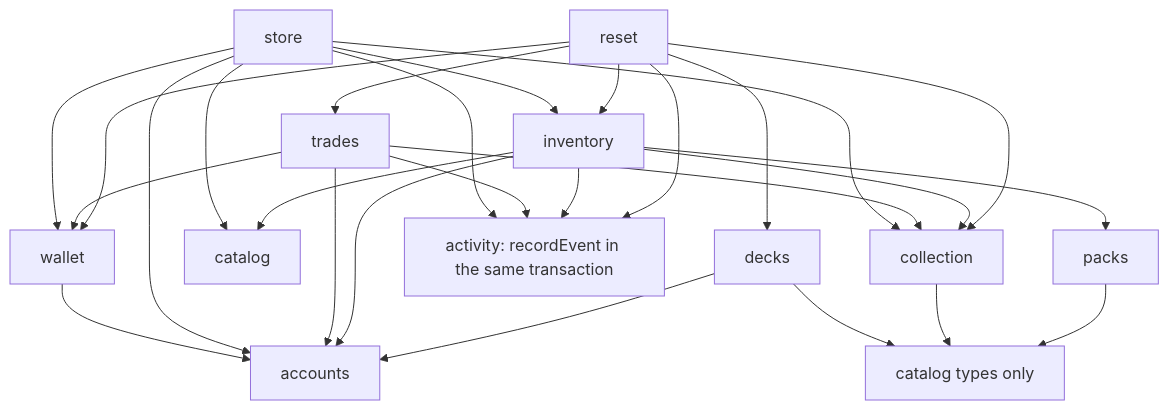
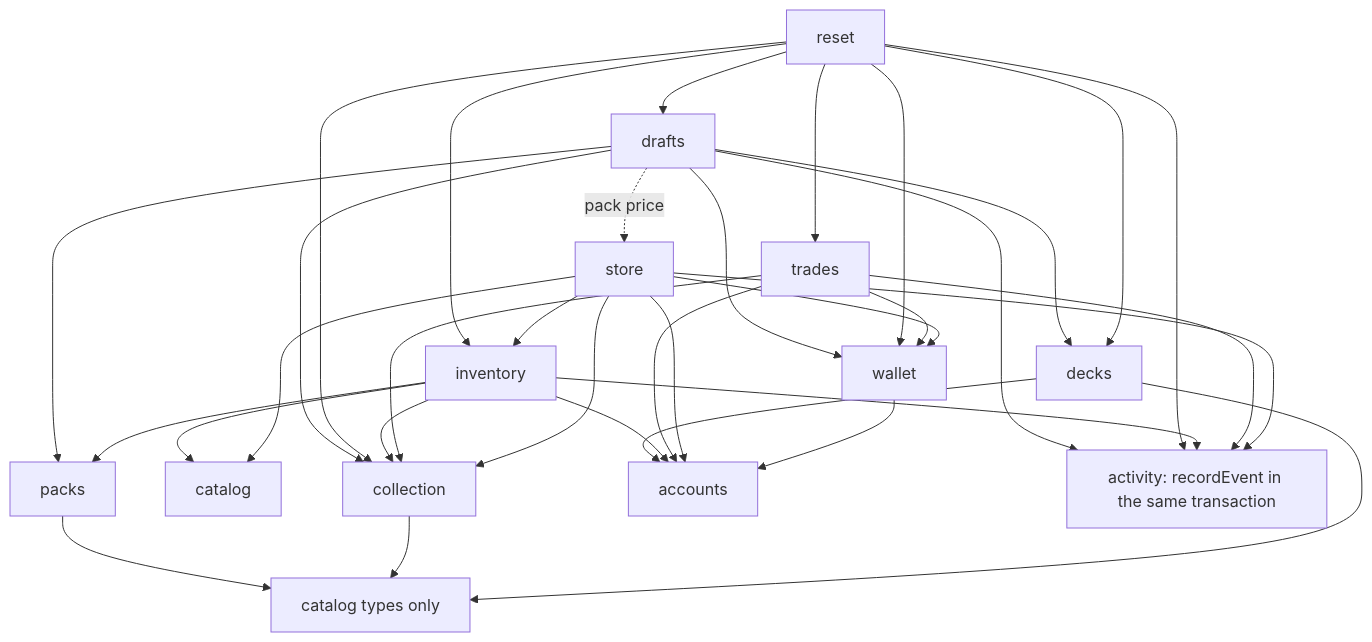
One commit to jstehn/proxy-library changed the second of 4 diagrams in docs/architecture/overview.md. Above: the diagram before and after it, drawn with Mermaid. The commit also changed other lines of this file and 86 other files, not shown here.

````diff
--- a/docs/architecture/overview.md
+++ b/docs/architecture/overview.md
@@ -63,13 +64,15 @@
 ```mermaid
 flowchart TD
   store --> wallet & inventory & collection & catalog
   trades --> wallet & collection
   inventory --> packs & collection & catalog
   decks --> catalog_types
   collection --> catalog_types
   packs --> catalog_types[catalog types only]
   wallet --> accounts
   store & trades & inventory & decks --> accounts
   store & trades & inventory --> activity[activity: recordEvent in the same transaction]
-  reset --> trades & wallet & inventory & collection & decks & activity
+  reset --> trades & wallet & inventory & collection & decks & activity & drafts
+  drafts --> wallet & collection & decks & packs & activity
+  drafts -. pack price .-> store
 ```
````
